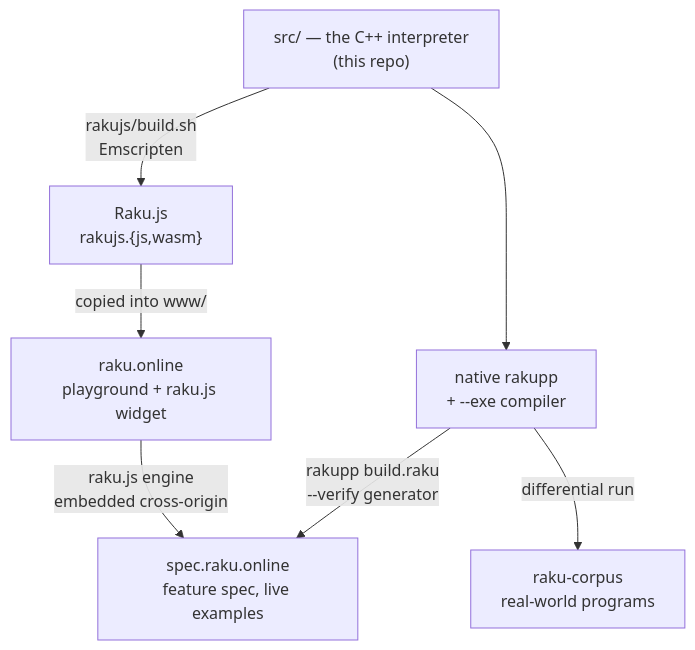
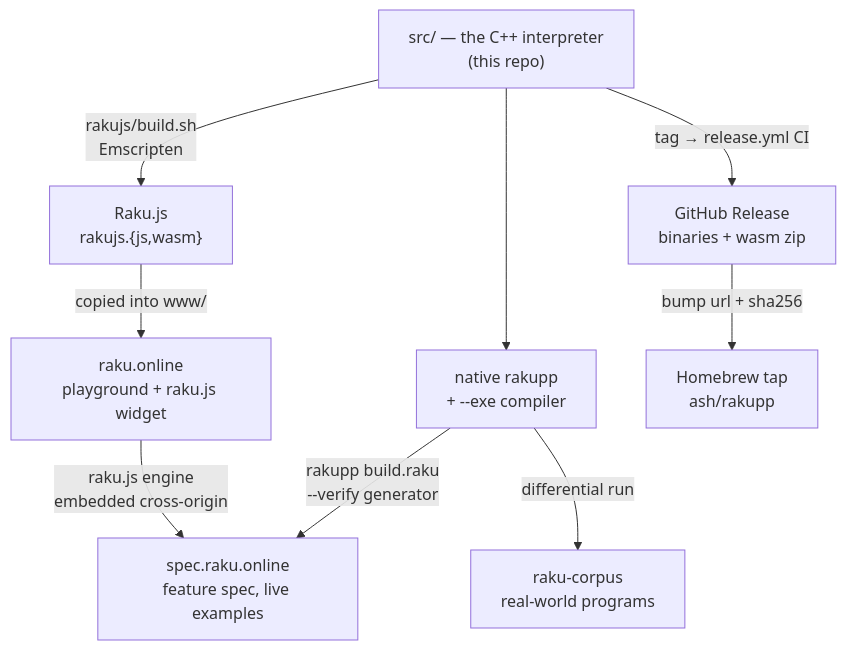
One commit to ash/rakupp changed the diagram in docs/ECOSYSTEM.md. Above: the diagram before and after it, drawn with Mermaid. The commit also changed other lines of this file, not shown here.

First line of the commit message:
ECOSYSTEM: document the Homebrew tap as a first-class piece

````diff
--- a/docs/ECOSYSTEM.md
+++ b/docs/ECOSYSTEM.md
@@ -25,16 +27,20 @@
 ```mermaid
 graph TD
     SRC["src/ — the C++ interpreter<br/>(this repo)"]
     NATIVE["native rakupp<br/>+ --exe compiler"]
     WASM["Raku.js<br/>rakujs.{js,wasm}"]
     ONLINE["raku.online<br/>playground + raku.js widget"]
     SPEC["spec.raku.online<br/>feature spec, live examples"]
     CORPUS["raku-corpus<br/>real-world programs"]
+    BREW["Homebrew tap<br/>ash/rakupp"]
+    REL["GitHub Release<br/>binaries + wasm zip"]
 
     SRC --> NATIVE
     SRC -->|rakujs/build.sh<br/>Emscripten| WASM
     WASM -->|copied into www/| ONLINE
     ONLINE -->|raku.js engine<br/>embedded cross-origin| SPEC
     NATIVE -->|rakupp build.raku<br/>--verify generator| SPEC
     NATIVE -->|differential run| CORPUS
+    SRC -->|tag → release.yml CI| REL
+    REL -->|bump url + sha256| BREW
 ```
````
